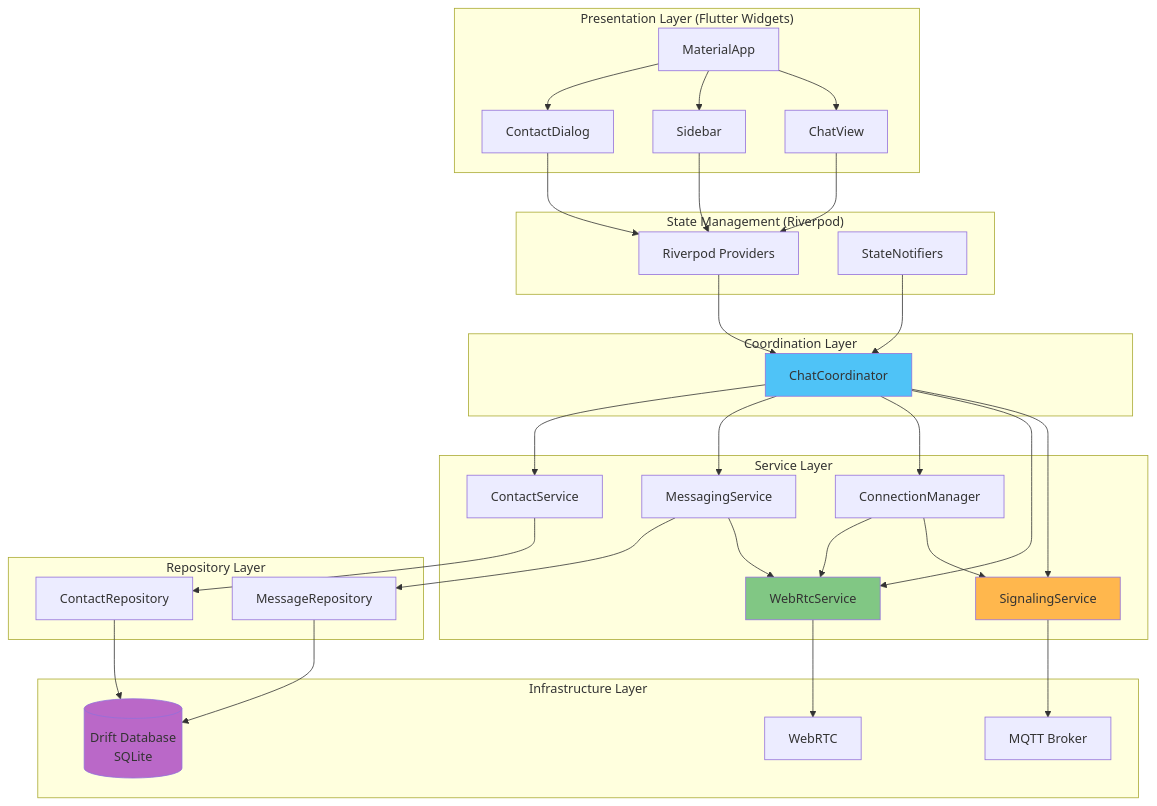
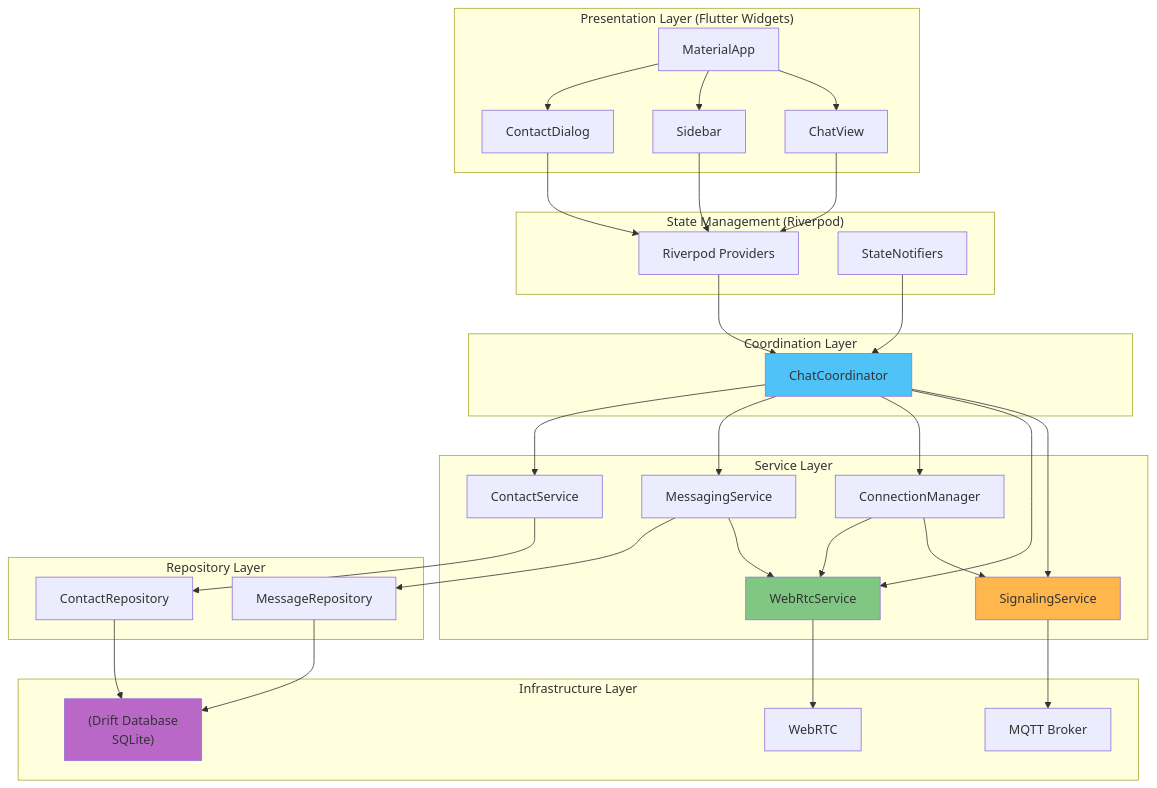
Before and after one commit to amr-kasem/distributed-systems-flutter-chat-peer: the first of 12 diagrams in docs/component-architecture.md, drawn with Mermaid. The commit also changed other lines of this file and 7 other files, not shown here.

Commit message:
solved issues with diagrams

````diff
--- a/docs/component-architecture.md
+++ b/docs/component-architecture.md
@@ -5,70 +5,70 @@
 ```mermaid
 graph TB
     subgraph "Presentation Layer (Flutter Widgets)"
         MaterialApp[MaterialApp]
         ChatView[ChatView]
         Sidebar[Sidebar]
         ContactDialog[ContactDialog]
     end
     
     subgraph "State Management (Riverpod)"
-        Providers[Riverpod Providers]
+        Providers["Riverpod Providers"]
         StateNotifiers[StateNotifiers]
     end
     
     subgraph "Coordination Layer"
         Coordinator[ChatCoordinator]
     end
     
     subgraph "Service Layer"
         SignalingSvc[SignalingService]
         WebRTCSvc[WebRtcService]
         ConnMgr[ConnectionManager]
         MsgSvc[MessagingService]
         ContactSvc[ContactService]
     end
     
     subgraph "Repository Layer"
         MsgRepo[MessageRepository]
         ContactRepo[ContactRepository]
     end
     
     subgraph "Infrastructure Layer"
-        Drift[(Drift Database<br/>SQLite)]
-        MQTT[MQTT Broker]
+        Drift["(Drift Database<br/>SQLite)"]
+        MQTT["MQTT Broker"]
         WebRTC[WebRTC]
     end
     
     MaterialApp --> ChatView
     MaterialApp --> Sidebar
     MaterialApp --> ContactDialog
     
     ChatView --> Providers
     Sidebar --> Providers
     ContactDialog --> Providers
     
     Providers --> Coordinator
     StateNotifiers --> Coordinator
     
     Coordinator --> SignalingSvc
     Coordinator --> WebRTCSvc
     Coordinator --> ConnMgr
     Coordinator --> MsgSvc
     Coordinator --> ContactSvc
     
     ConnMgr --> SignalingSvc
     ConnMgr --> WebRTCSvc
     MsgSvc --> WebRTCSvc
     MsgSvc --> MsgRepo
     ContactSvc --> ContactRepo
     
     MsgRepo --> Drift
     ContactRepo --> Drift
     SignalingSvc --> MQTT
     WebRTCSvc --> WebRTC
     
     style Coordinator fill:#4fc3f7
     style SignalingSvc fill:#ffb74d
     style WebRTCSvc fill:#81c784
     style Drift fill:#ba68c8
 ```
````
